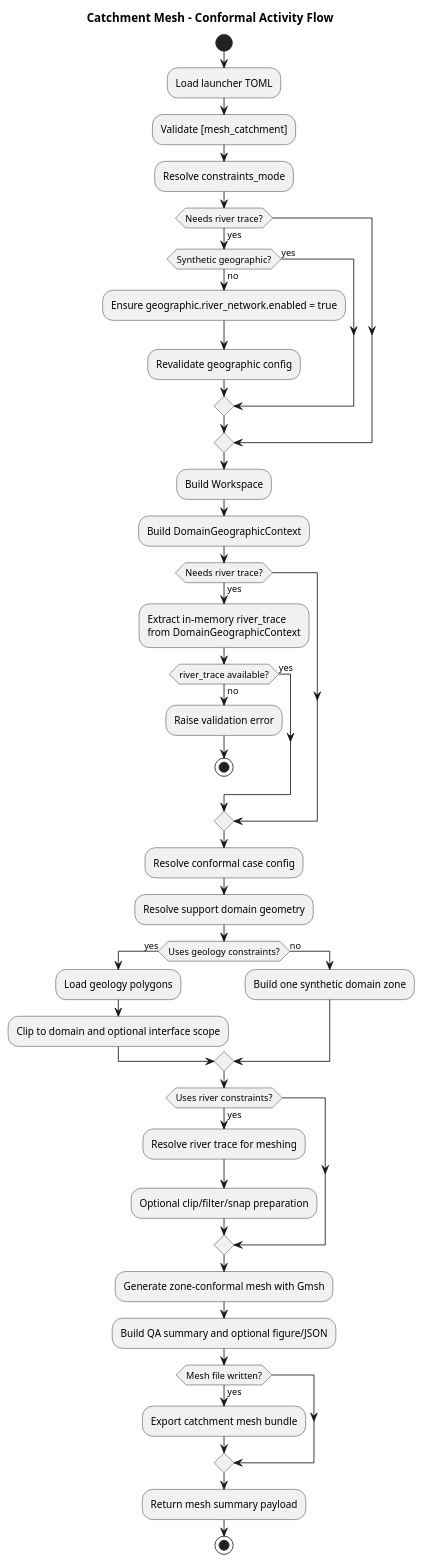
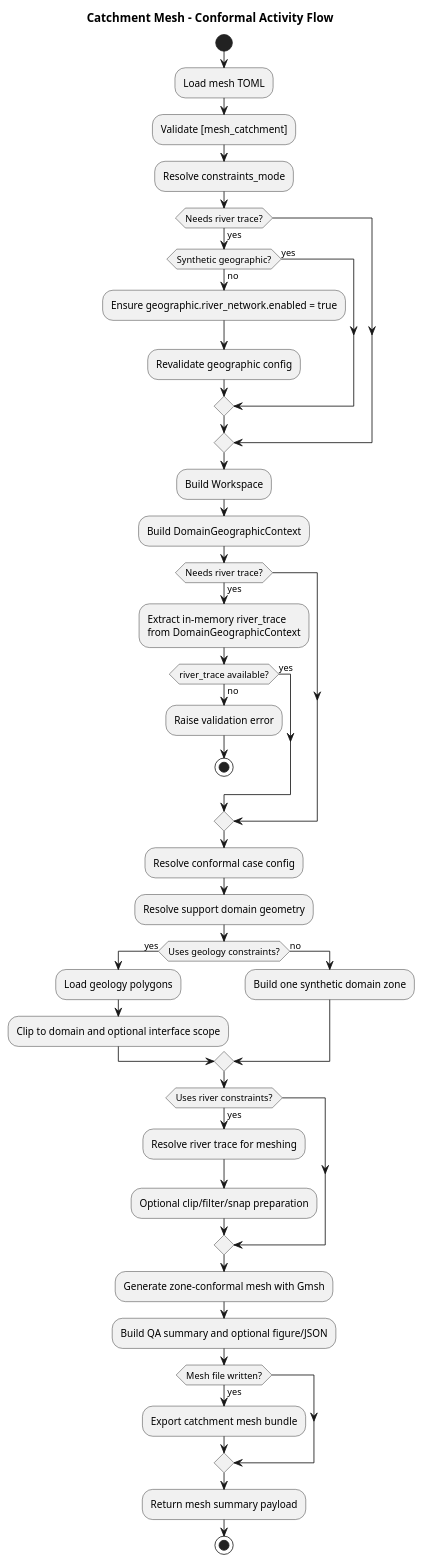
The diagram in docs/readthedocs/source/architecture/mesh/diagrams/catchment_conformal_meshing_activity.wsd (HydroModPy/HydroModPy), drawn with PlantUML before and after one commit. The commit also changed 11 other files, not shown here.

```diff
--- a/docs/readthedocs/source/architecture/mesh/diagrams/catchment_conformal_meshing_activity.wsd
+++ b/docs/readthedocs/source/architecture/mesh/diagrams/catchment_conformal_meshing_activity.wsd
@@ -1,54 +1,54 @@
 @startuml
 title Catchment Mesh - Conformal Activity Flow
 
 start
 
-:Load launcher TOML;
+:Load mesh TOML;
 :Validate [mesh_catchment];
 :Resolve constraints_mode;
 
 if (Needs river trace?) then (yes)
   if (Synthetic geographic?) then (yes)
   else (no)
     :Ensure geographic.river_network.enabled = true;
     :Revalidate geographic config;
   endif
 endif
 
 :Build Workspace;
 :Build DomainGeographicContext;
 
 if (Needs river trace?) then (yes)
   :Extract in-memory river_trace\nfrom DomainGeographicContext;
   if (river_trace available?) then (yes)
   else (no)
     :Raise validation error;
     stop
   endif
 endif
 
 :Resolve conformal case config;
 :Resolve support domain geometry;
 
 if (Uses geology constraints?) then (yes)
   :Load geology polygons;
   :Clip to domain and optional interface scope;
 else (no)
   :Build one synthetic domain zone;
 endif
 
 if (Uses river constraints?) then (yes)
   :Resolve river trace for meshing;
   :Optional clip/filter/snap preparation;
 endif
 
 :Generate zone-conformal mesh with Gmsh;
 :Build QA summary and optional figure/JSON;
 
 if (Mesh file written?) then (yes)
   :Export catchment mesh bundle;
 endif
 
 :Return mesh summary payload;
 stop
 @enduml
```
